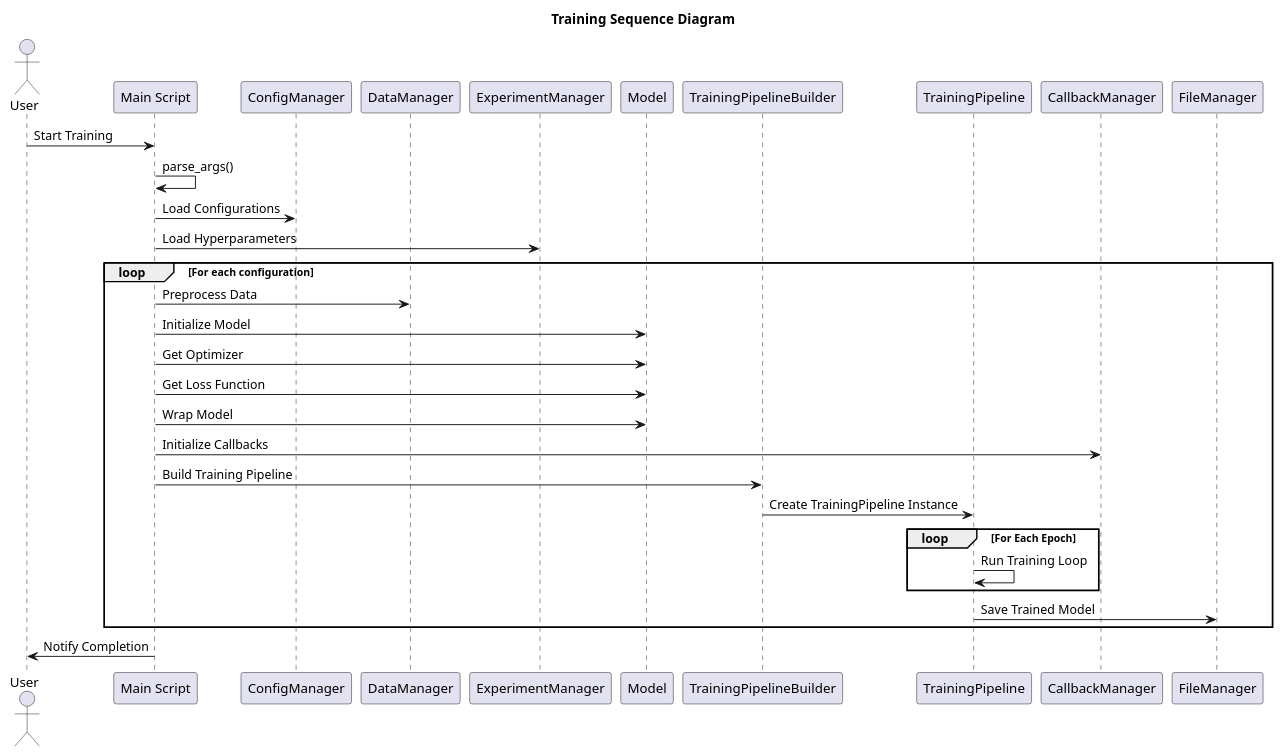
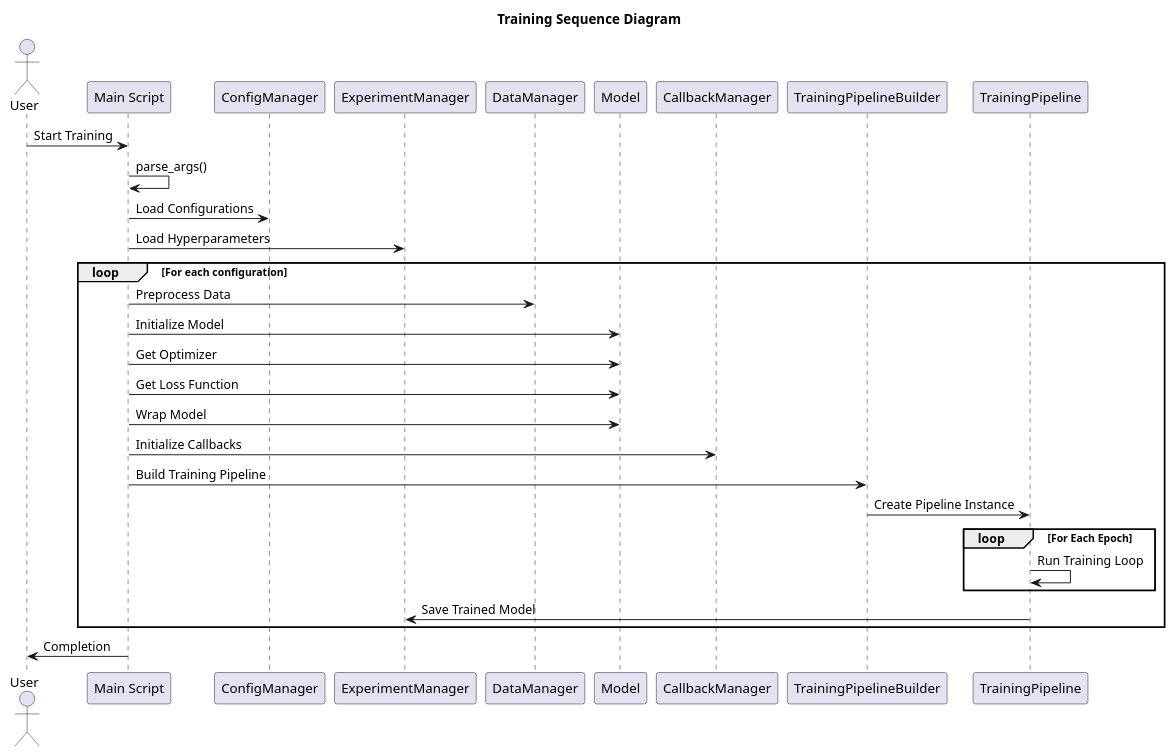
One commit to thomasgugatschka/time-series-nn-forecast-lab changed the diagram in docs/40_workflow/training_sequence.puml. Above: the diagram before and after it, drawn with PlantUML. The commit also changed 32 other files, not shown here.

```diff
--- a/docs/40_workflow/training_sequence.puml
+++ b/docs/40_workflow/training_sequence.puml
@@ -1,47 +1,46 @@
 @startuml
 
 title Training Sequence Diagram
 
 actor "User" as User
 
 participant "Main Script" as Main
 participant "ConfigManager" as ConfigManager
+participant "ExperimentManager" as ExperimentManager
 participant "DataManager" as DataManager
-participant "ExperimentManager" as ExperimentManager
 participant "Model" as Model
+participant "CallbackManager" as CallbackManager
 participant "TrainingPipelineBuilder" as PipelineBuilder
 participant "TrainingPipeline" as TrainingPipeline
-participant "CallbackManager" as CallbackManager
 
 
-participant "FileManager" as FileManager
 
 User -> Main: Start Training
 Main -> Main: parse_args()
 Main -> ConfigManager: Load Configurations
 Main -> ExperimentManager: Load Hyperparameters
 
 loop For each configuration
     Main -> DataManager: Preprocess Data
     Main -> Model: Initialize Model
     Main -> Model: Get Optimizer
     Main -> Model: Get Loss Function
     Main -> Model: Wrap Model
 
     Main -> CallbackManager: Initialize Callbacks
 
 
     Main -> PipelineBuilder: Build Training Pipeline
-    PipelineBuilder -> TrainingPipeline: Create TrainingPipeline Instance
+    PipelineBuilder -> TrainingPipeline: Create Pipeline Instance
 
     loop For Each Epoch
       TrainingPipeline -> TrainingPipeline: Run Training Loop
     end
 
-    TrainingPipeline -> FileManager: Save Trained Model
+    TrainingPipeline -> ExperimentManager: Save Trained Model
 end
 
 
-Main -> User: Notify Completion
+Main -> User: Completion
 
 @enduml
```
